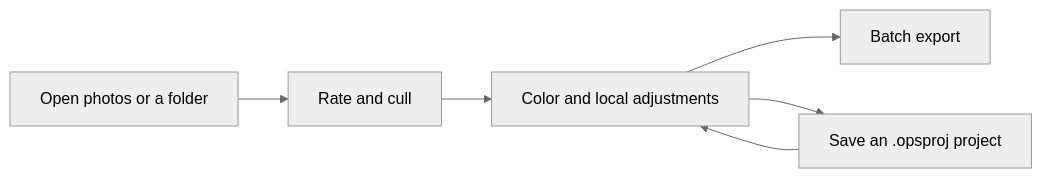
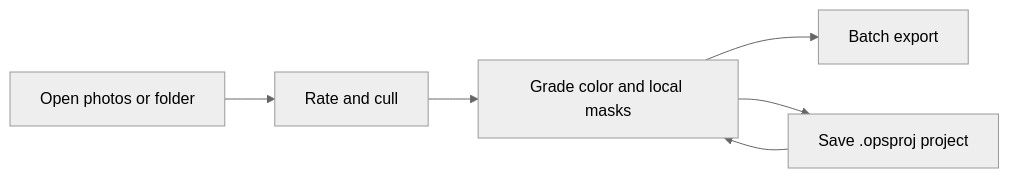
Before and after one commit to KpTanl/OpenPictureStudio: the first of 2 diagrams in README.en.md, drawn with Mermaid (neutral theme). The commit also changed other lines of this file and 35 other files, not shown here.

````diff
--- a/README.en.md
+++ b/README.en.md
@@ -140,8 +136,8 @@
 ```mermaid
 flowchart LR
-    A[Open photos or a folder] --> B[Rate and cull]
-    B --> C[Color and local adjustments]
-    C --> D[Batch export]
-    C --> E[Save an .opsproj project]
+    A["Open photos or folder"] --> B["Rate and cull"]
+    B --> C["Grade color and local masks"]
+    C --> D["Batch export"]
+    C --> E["Save .opsproj project"]
     E --> C
 ```
````
